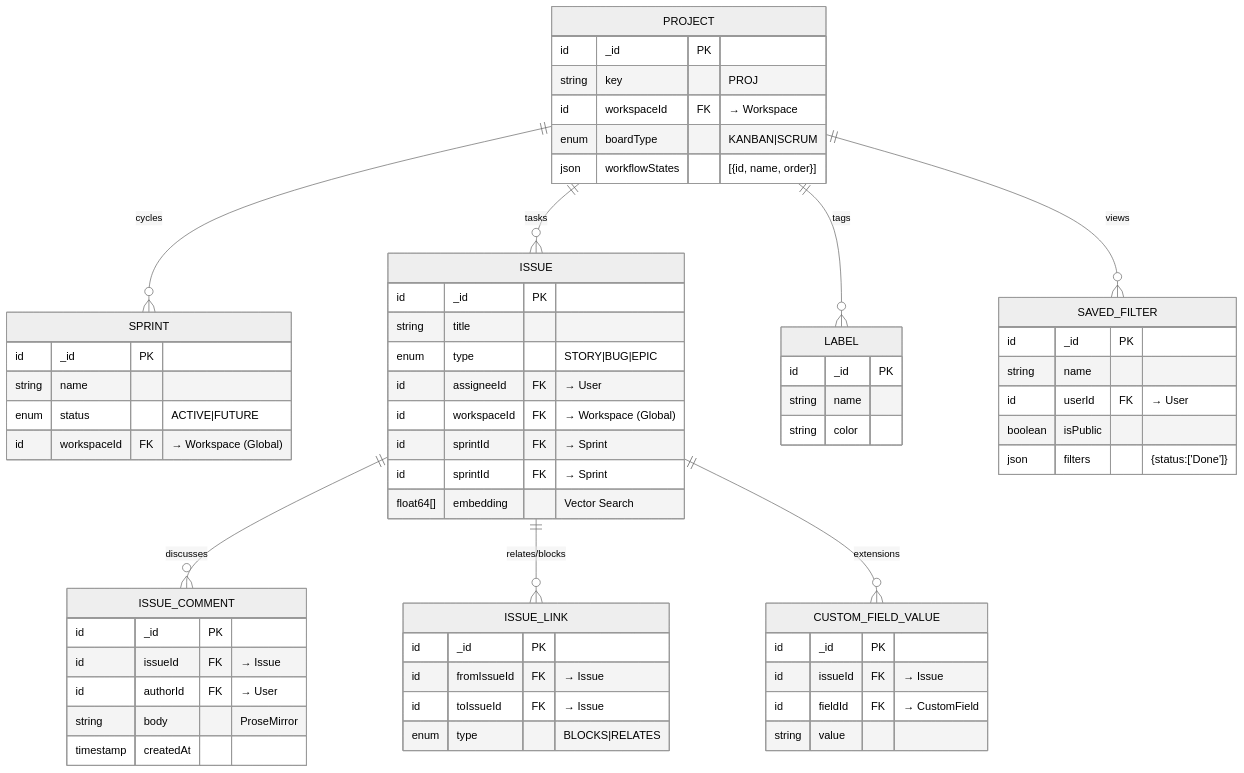
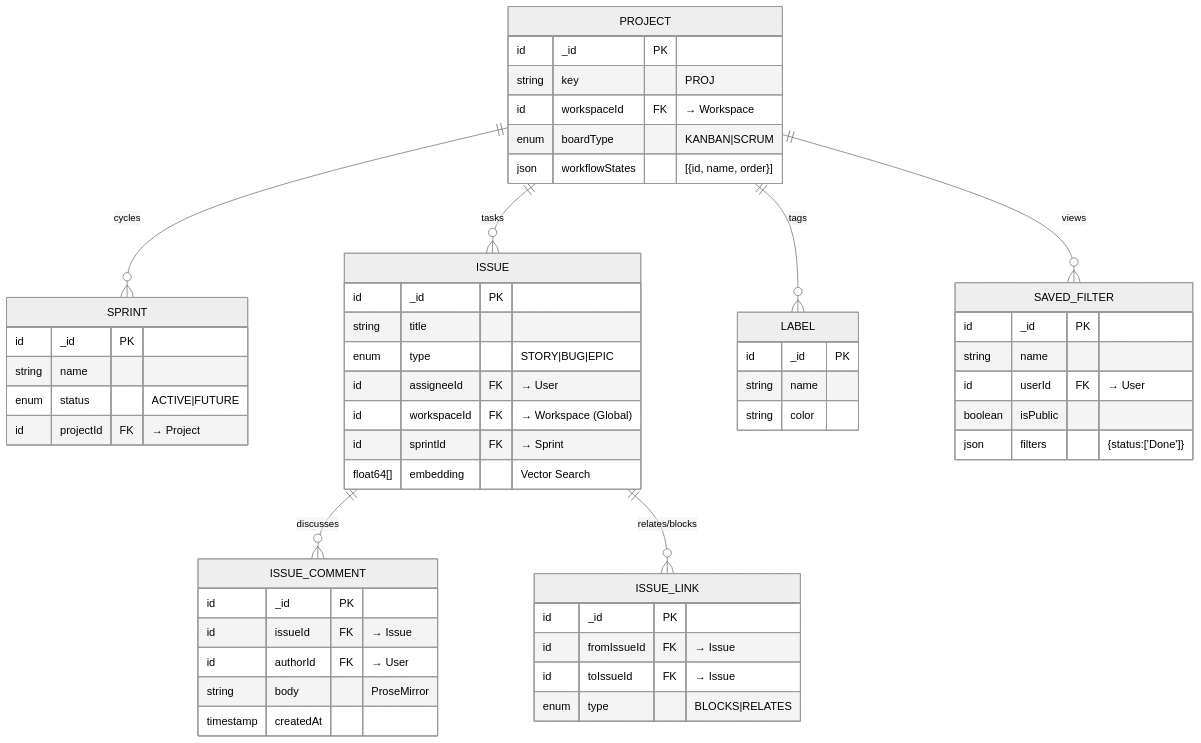
Before and after one commit to mikestepanov/cascade: the third of 10 diagrams in docs/architecture/data-model.md, drawn with Mermaid (neutral theme). The commit also changed other lines of this file and 14 other files, not shown here.

First line of the commit message:
chore: address PR feedback for architecture docs and code quality

````diff
--- a/docs/architecture/data-model.md
+++ b/docs/architecture/data-model.md
@@ -73,72 +73,67 @@
 ```mermaid
 erDiagram
     PROJECT ||--o{ SPRINT : "cycles"
     PROJECT ||--o{ ISSUE : "tasks"
     PROJECT ||--o{ LABEL : "tags"
     PROJECT ||--o{ SAVED_FILTER : "views"
     ISSUE ||--o{ ISSUE_COMMENT : "discusses"
     ISSUE ||--o{ ISSUE_LINK : "relates/blocks"
-    ISSUE ||--o{ CUSTOM_FIELD_VALUE : "extensions"
+
 
     PROJECT {
         id _id PK
         string key "PROJ"
         id workspaceId FK "→ Workspace"
         enum boardType "KANBAN|SCRUM"
         json workflowStates "[{id, name, order}]"
     }
 
     SPRINT {
         id _id PK
         string name
         enum status "ACTIVE|FUTURE"
-        id workspaceId FK "→ Workspace (Global)"
+        id projectId FK "→ Project"
     }
 
     SAVED_FILTER {
         id _id PK
         string name
         id userId FK "→ User"
         boolean isPublic
         json filters "{status:['Done']}"
     }
 
     ISSUE {
         id _id PK
         string title
         enum type "STORY|BUG|EPIC"
         id assigneeId FK "→ User"
         id workspaceId FK "→ Workspace (Global)"
         id sprintId FK "→ Sprint"
-        id sprintId FK "→ Sprint"
+
         float64[] embedding "Vector Search"
     }
 
     LABEL {
         id _id PK
         string name
         string color
     }
 
     ISSUE_LINK {
         id _id PK
         id fromIssueId FK "→ Issue"
         id toIssueId FK "→ Issue"
         enum type "BLOCKS|RELATES"
     }
 
-    CUSTOM_FIELD_VALUE {
-        id _id PK
-        id issueId FK "→ Issue"
-        id fieldId FK "→ CustomField"
-        string value
-    }
+
 
     ISSUE_COMMENT {
         id _id PK
         id issueId FK "→ Issue"
         id authorId FK "→ User"
         string body "ProseMirror"
         timestamp createdAt
     }
 ```
````
